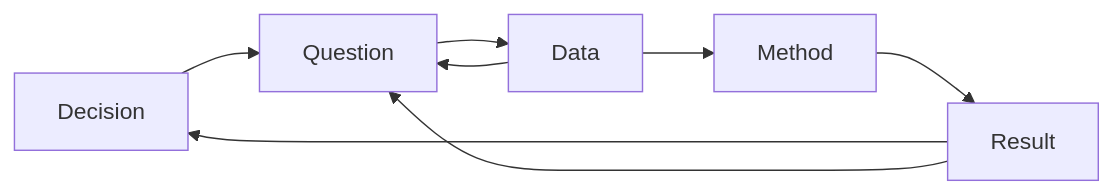
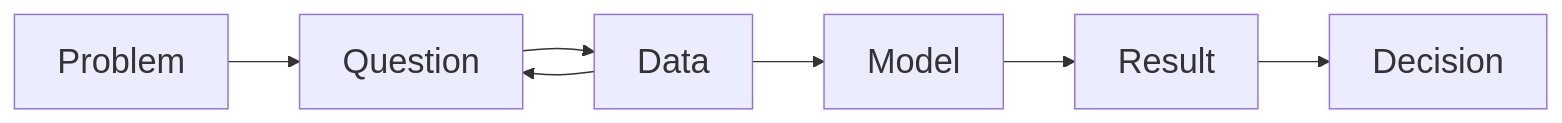
One commit to jbayham/arec-330 changed the second of 3 diagrams in modules/02_framework_question/slides.qmd. Above: the diagram before and after it, drawn with Mermaid. The commit also changed other lines of this file and 1 other file, not shown here.

````diff
--- a/modules/02_framework_question/slides.qmd
+++ b/modules/02_framework_question/slides.qmd
@@ -62,10 +175,10 @@
 ```{mermaid}
+%%{init: {"themeVariables": {"fontSize": "24px"}}}%%
 flowchart LR
-  D[Decision] --> Q[Question]
+  P[Problem] --> Q[Question]
   Q --> Da[Data]
-  Da --> M[Method]
+  Da --> M[Model]
   M --> R[Result]
-  R --> D
-  R --> Q
+  R --> D[Decision]
   Da --> Q
 ```
````
